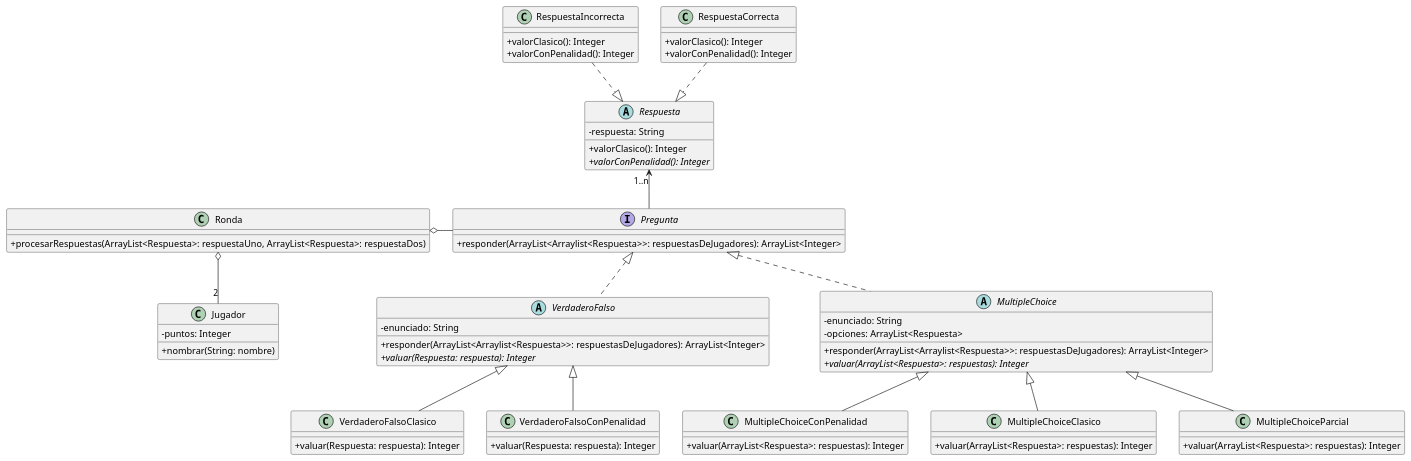
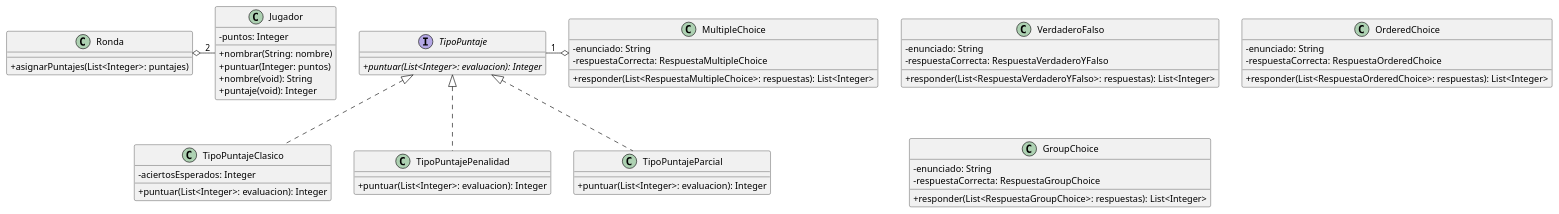
One commit to gcc-cdimatteo/Algoritmos-y-Programacion-III-75.07 changed the diagram in Documentacion/DC_general.puml. Above: the diagram before and after it, drawn with PlantUML. The commit also changed 6 other files, not shown here.

Commit message:
actualizo diagramas

```diff
--- a/Documentacion/DC_general.puml
+++ b/Documentacion/DC_general.puml
@@ -1,93 +1,77 @@
 @startuml
 skinparam classAttributeIconSize 0
 
-interface Pregunta {
-    + responder(ArrayList<Arraylist<Respuesta>>: respuestasDeJugadores): ArrayList<Integer>
+
+class MultipleChoice {
+    - enunciado: String
+    - respuestaCorrecta: RespuestaMultipleChoice
+    + responder(List<RespuestaMultipleChoice>: respuestas): List<Integer>
 }
 
-abstract class MultipleChoice {
-    - enunciado: String
-    - opciones: ArrayList<Respuesta>
-    + responder(ArrayList<Arraylist<Respuesta>>: respuestasDeJugadores): ArrayList<Integer>
-    + {abstract} valuar(ArrayList<Respuesta>: respuestas): Integer
+interface TipoPuntaje{
+    + {abstract}puntuar(List<Integer>: evaluacion): Integer
 }
 
-class MultipleChoiceClasico{
-    + valuar(ArrayList<Respuesta>: respuestas): Integer
+class TipoPuntajeClasico{
+    - aciertosEsperados: Integer
+    + puntuar(List<Integer>: evaluacion): Integer
 }
 
-class MultipleChoiceParcial{
-    + valuar(ArrayList<Respuesta>: respuestas): Integer
+class TipoPuntajePenalidad{
+    + puntuar(List<Integer>: evaluacion): Integer
 }
 
-class MultipleChoiceConPenalidad{
-    + valuar(ArrayList<Respuesta>: respuestas): Integer
+class TipoPuntajeParcial{
+    + puntuar(List<Integer>: evaluacion): Integer
 }
 
-abstract class VerdaderoFalso {
+class VerdaderoFalso {
     - enunciado: String
-    + responder(ArrayList<Arraylist<Respuesta>>: respuestasDeJugadores): ArrayList<Integer>
-    + {abstract} valuar(Respuesta: respuesta): Integer
+    - respuestaCorrecta: RespuestaVerdaderoYFalso
+    + responder(List<RespuestaVerdaderoYFalso>: respuestas): List<Integer>
 }
 
-class VerdaderoFalsoClasico{
-    + valuar(Respuesta: respuesta): Integer
+class OrderedChoice {
+    - enunciado: String
+    - respuestaCorrecta: RespuestaOrderedChoice
+    + responder(List<RespuestaOrderedChoice>: respuestas): List<Integer>
 }
 
-class VerdaderoFalsoConPenalidad{
-    + valuar(Respuesta: respuesta): Integer
-}
-
-abstract class Respuesta {
-    - respuesta: String
-    + valorClasico(): Integer
-    + {abstract} valorConPenalidad(): Integer
-}
-
-class RespuestaCorrecta{
-    + valorClasico(): Integer
-    +  valorConPenalidad(): Integer
-}
-
-class RespuestaIncorrecta{
-    + valorClasico(): Integer
-    + valorConPenalidad(): Integer
+class GroupChoice {
+    - enunciado: String
+    - respuestaCorrecta: RespuestaGroupChoice
+    + responder(List<RespuestaGroupChoice>: respuestas): List<Integer>
 }
 
 class Ronda{
-    +procesarRespuestas(ArrayList<Respuesta>: respuestaUno, ArrayList<Respuesta>: respuestaDos)
+    +asignarPuntajes(List<Integer>: puntajes)
 }
 
 class Jugador{
     - puntos: Integer
     + nombrar(String: nombre)
+    + puntuar(Integer: puntos)
+    + nombre(void): String
+    + puntaje(void): Integer
 }
 
 'Ordenamiento De Cuadrados
 
 'Herencia --|> cumple la relación 'es un'
-MultipleChoice <|-down- MultipleChoiceClasico
-MultipleChoice <|-down- MultipleChoiceParcial
-MultipleChoice <|-- MultipleChoiceConPenalidad
-VerdaderoFalso <|-- VerdaderoFalsoClasico
-VerdaderoFalso <|-- VerdaderoFalsoConPenalidad
 
 'Asociacion --> un objeto guarda a otro
-Pregunta -up-> "1..n" Respuesta
 
 'Agregacion --o un objeto esta compuesto por otro pero no lo necesita para vivir
-Jugador "2" -up-o Ronda
-Pregunta -left-o Ronda
+Jugador "2" -left-o Ronda
+TipoPuntaje "1" -right-o MultipleChoice
 
 'Composicion --* un objeto es dueño de otro
 
 'Dependencia ..> un objeto utiliza a otro porque lo recibe/devuelve
 
 'Interfaces ..|> colección de declaraciones de métodos sin implemetnar
-Pregunta <|.. MultipleChoice 
-Pregunta <|.. VerdaderoFalso
-Respuesta <|.up. RespuestaCorrecta
-Respuesta <|.up. RespuestaIncorrecta
-
+TipoPuntaje <|.down. TipoPuntajeClasico
+TipoPuntaje <|.down. TipoPuntajePenalidad
+TipoPuntaje <|.down. TipoPuntajeParcial
 
 @enduml
```
